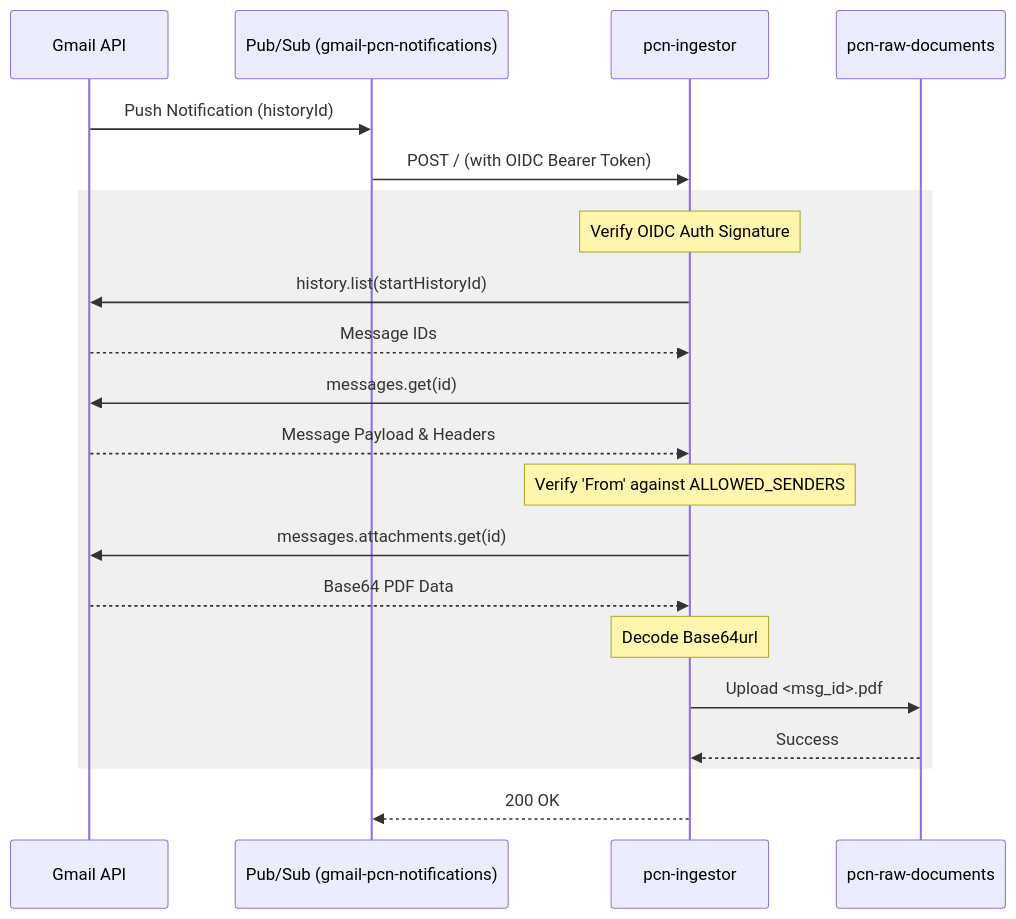
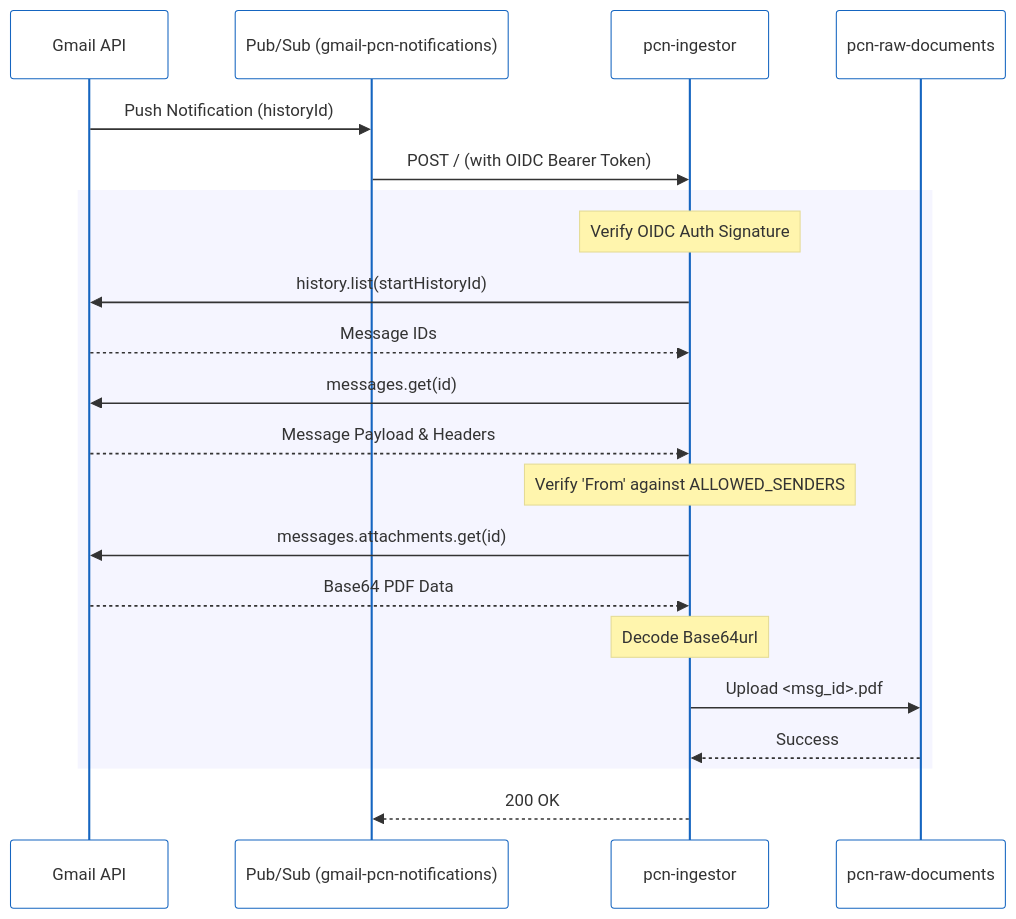
One commit to shawnsony07/pcn-orchestrator-2026 changed the diagram in docs/diagrams/ingestion-sequence.mmd. Above: the diagram before and after it, drawn with Mermaid. The commit also changed 6 other files, not shown here.

```diff
--- a/docs/diagrams/ingestion-sequence.mmd
+++ b/docs/diagrams/ingestion-sequence.mmd
@@ -1,27 +1,28 @@
+%%{init: {'theme': 'base', 'themeVariables': { 'primaryColor': '#E3F2FD', 'actorBkg': '#FFFFFF', 'actorBorder': '#1565C0', 'signalColor': '#333333', 'signalTextColor': '#333333'}}}%%
 sequenceDiagram
     participant Gmail as Gmail API
     participant PubSub as Pub/Sub (gmail-pcn-notifications)
     participant Ingestor as pcn-ingestor
     participant GCS as pcn-raw-documents
 
     Gmail->>PubSub: Push Notification (historyId)
     PubSub->>Ingestor: POST / (with OIDC Bearer Token)
     
-    rect rgb(240, 240, 240)
+    rect rgb(245, 245, 255)
         Note over Ingestor: Verify OIDC Auth Signature
         Ingestor->>Gmail: history.list(startHistoryId)
         Gmail-->>Ingestor: Message IDs
         Ingestor->>Gmail: messages.get(id)
         Gmail-->>Ingestor: Message Payload & Headers
         
         Note over Ingestor: Verify 'From' against ALLOWED_SENDERS
         
         Ingestor->>Gmail: messages.attachments.get(id)
         Gmail-->>Ingestor: Base64 PDF Data
         
         Note over Ingestor: Decode Base64url
         Ingestor->>GCS: Upload <msg_id>.pdf
         GCS-->>Ingestor: Success
     end
     
     Ingestor-->>PubSub: 200 OK
```
